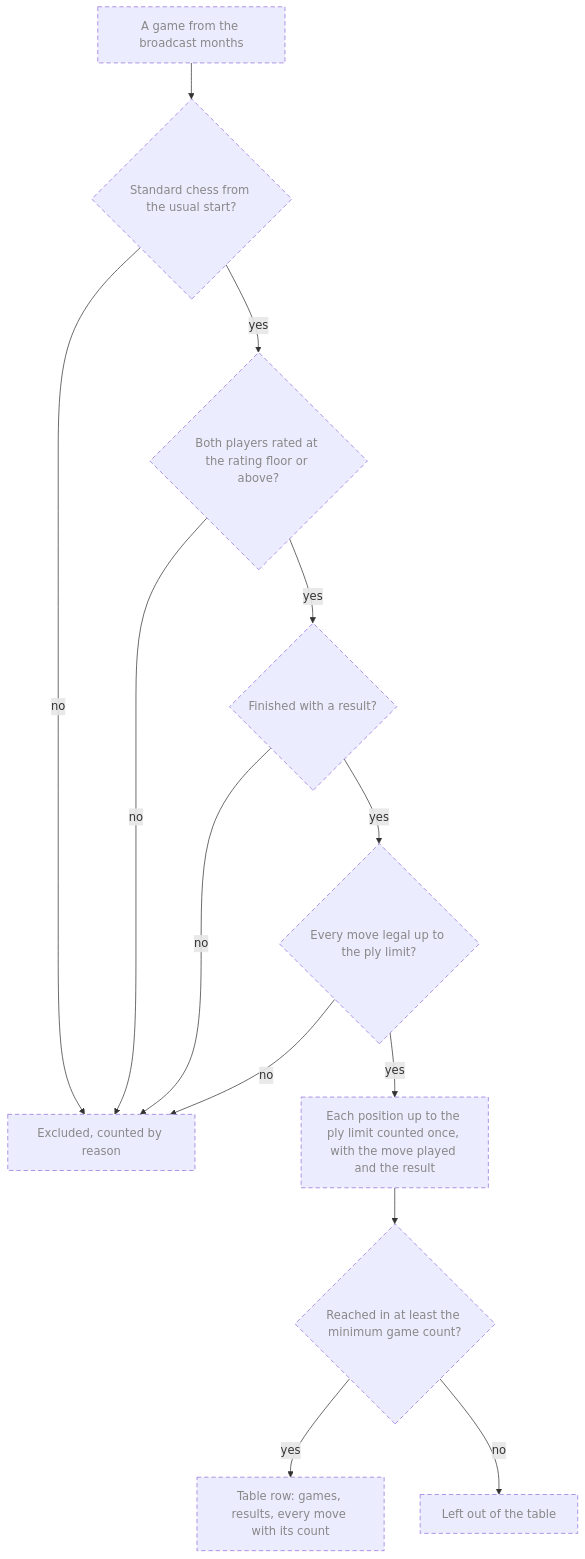
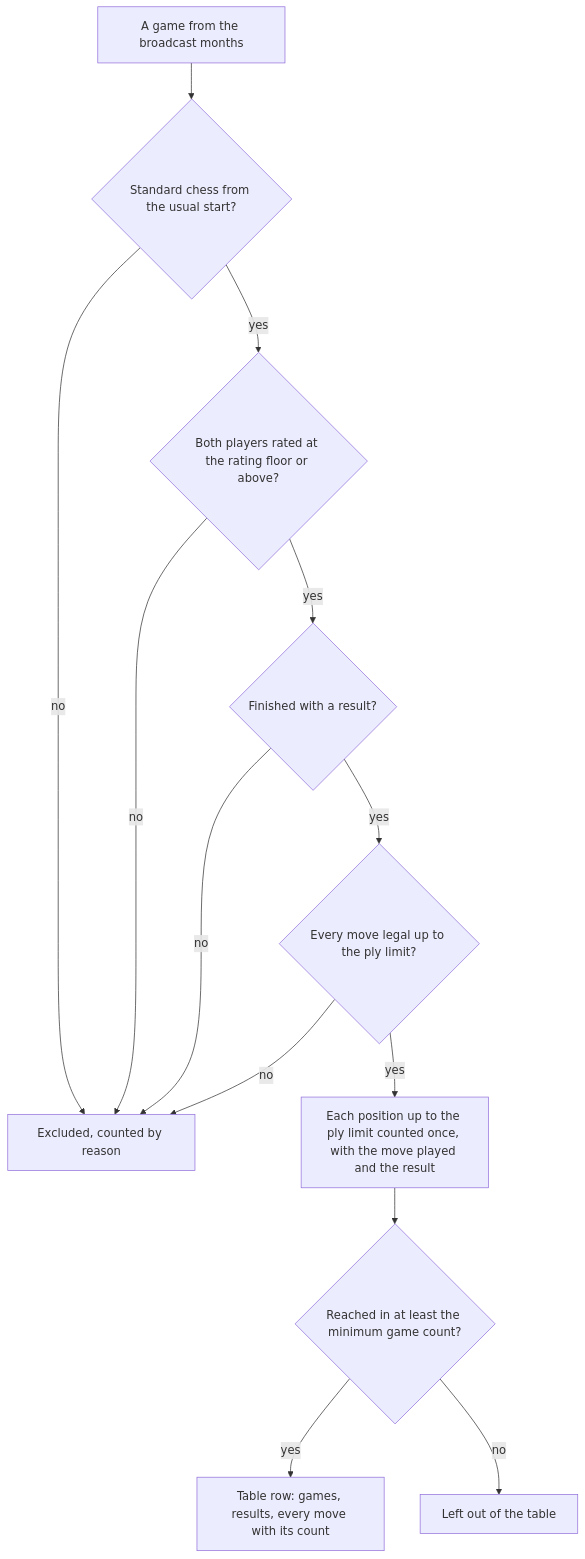
Diagram 21 of 21 in Planning/DBC/CONCEPTS.md (aurja/ChessWhy), drawn with Mermaid before and after one commit. The commit also changed other lines of this file and 120 other files, not shown here.

````diff
--- a/Planning/DBC/CONCEPTS.md
+++ b/Planning/DBC/CONCEPTS.md
@@ -838,26 +839,25 @@
 ```mermaid
 flowchart TD
     GtGame["A game from the broadcast months"]
     GtStandard{"Standard chess from the usual start?"}
     GtRating{"Both players rated at the rating floor or above?"}
     GtResult{"Finished with a result?"}
     GtLegal{"Every move legal up to the ply limit?"}
     GtExcluded["Excluded, counted by reason"]
     GtCount["Each position up to the ply limit counted once, with the move played and the result"]
     GtKeep{"Reached in at least the minimum game count?"}
     GtRow["Table row: games, results, every move with its count"]
     GtDropped["Left out of the table"]
     GtGame --> GtStandard
     GtStandard -->|yes| GtRating
     GtRating -->|yes| GtResult
     GtResult -->|yes| GtLegal
     GtLegal -->|yes| GtCount
     GtStandard & GtRating & GtResult & GtLegal -->|no| GtExcluded
     GtCount --> GtKeep
     GtKeep -->|yes| GtRow
     GtKeep -->|no| GtDropped
     classDef planned stroke-dasharray:6 4,color:#888
     classDef partial stroke-dasharray:2 2
     classDef external stroke-dasharray:1 3,color:#999
-    class GtGame,GtStandard,GtRating,GtResult,GtLegal,GtExcluded,GtCount,GtKeep,GtRow,GtDropped planned
 ```
````
